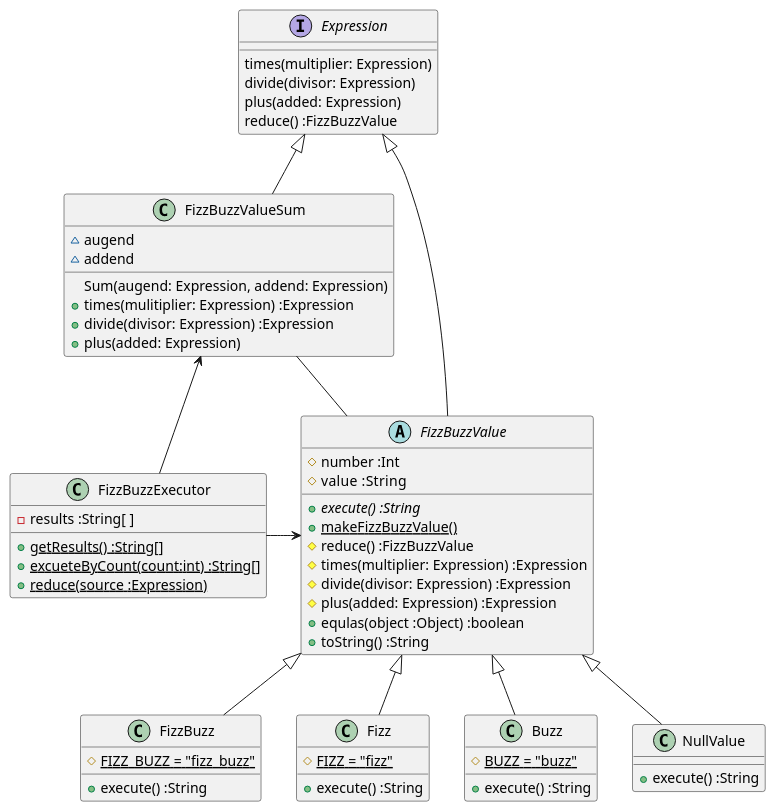
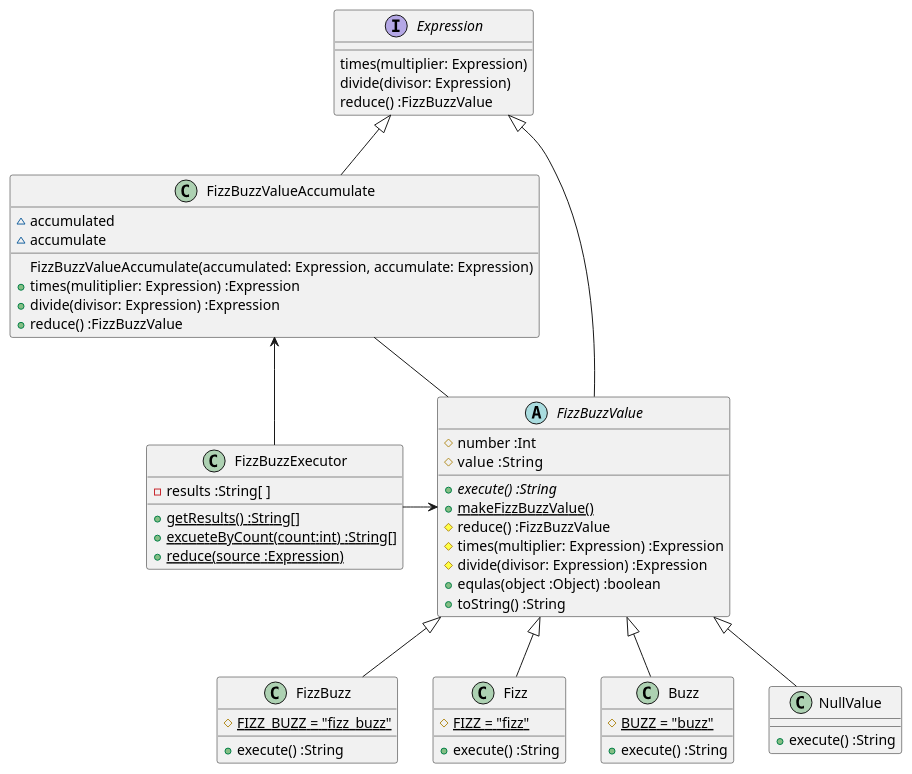
Before and after one commit to k2works/etude_for_java: the first of 6 diagrams in docs/src/fizzbuzz.md, drawn with PlantUML. The commit also changed other lines of this file and 10 other files, not shown here.

````diff
--- a/docs/src/fizzbuzz.md
+++ b/docs/src/fizzbuzz.md
@@ -38,61 +38,59 @@
 ```puml
 @startuml
 class FizzBuzzExecutor {
   -results :String[ ]
   +{static}getResults() :String[]  
   +{static}excueteByCount(count:int) :String[]
   +{static}reduce(source :Expression)
 }
 abstract class FizzBuzzValue {
   #number :Int
   #value  :String
   +{abstract}execute() :String
   +{static} makeFizzBuzzValue()
-  #reduce() :FizzBuzzValue
+  #reduce() :FizzBuzzValue  
   #times(multiplier: Expression) :Expression
   #divide(divisor: Expression) :Expression
-  #plus(added: Expression) :Expression  
   +equlas(object :Object) :boolean
   +toString() :String
 }
 class FizzBuzz {
   #{static} FIZZ_BUZZ = "fizz_buzz"
   +execute() :String
 }
 class Fizz {
   #{static} FIZZ = "fizz"
   +execute() :String
 }
 class Buzz {
   #{static} BUZZ = "buzz"  
   +execute() :String  
 }
 class NullValue {
   +execute() :String  
 }
-class FizzBuzzValueSum {
-  ~augend
-  ~addend
-  Sum(augend: Expression, addend: Expression)
+class FizzBuzzValueAccumulate {
+  ~accumulated
+  ~accumulate
+  FizzBuzzValueAccumulate(accumulated: Expression, accumulate: Expression)
   +times(mulitiplier: Expression) :Expression
   +divide(divisor: Expression) :Expression
-  +plus(added: Expression)
+  +reduce() :FizzBuzzValue  
 }
 interface Expression {
   times(multiplier: Expression)
   divide(divisor: Expression)
-  plus(added: Expression)
   reduce() :FizzBuzzValue
 }
 FizzBuzzExecutor -> FizzBuzzValue
 FizzBuzzValue <|-- Fizz
 FizzBuzzValue <|-- Buzz
 FizzBuzzValue <|-- FizzBuzz
 FizzBuzzValue <|-- NullValue
-FizzBuzzValueSum -- FizzBuzzValue
-FizzBuzzValueSum <- FizzBuzzExecutor
+FizzBuzzValueAccumulate -- FizzBuzzValue
+FizzBuzzValueAccumulate <- FizzBuzzExecutor
 Expression <|- FizzBuzzValue
-Expression <|-- FizzBuzzValueSum
+Expression <|-- FizzBuzzValueAccumulate
 
 @enduml
 ```
````
